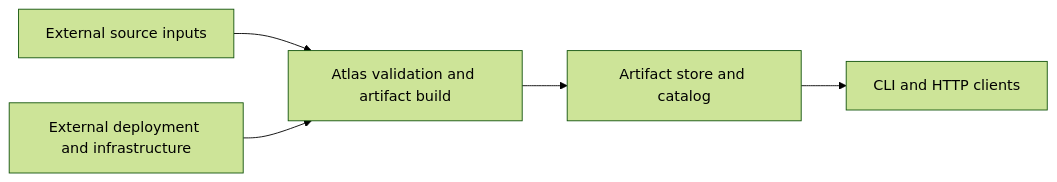
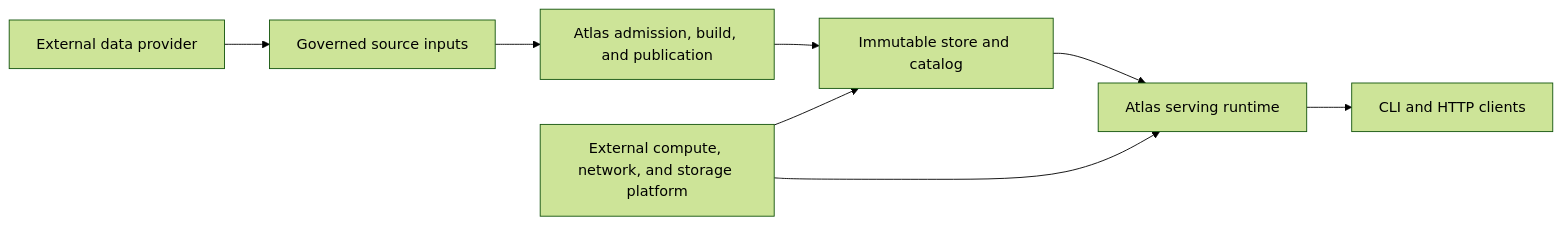
Before and after one commit to bijux/bijux-atlas: the first of 2 diagrams in docs/bijux-atlas/foundations/boundaries-and-non-goals.md, drawn with Mermaid (forest theme). The commit also changed other lines of this file and 2 other files, not shown here.

````diff
--- a/docs/bijux-atlas/foundations/boundaries-and-non-goals.md
+++ b/docs/bijux-atlas/foundations/boundaries-and-non-goals.md
@@ -18,7 +19,10 @@
 ```mermaid
 flowchart LR
-    Inputs[External source inputs] --> Atlas[Atlas validation and artifact build]
-    Atlas --> Store[Artifact store and catalog]
-    Store --> Clients[CLI and HTTP clients]
-    Ops[External deployment and infrastructure] --> Atlas
+    Provider[External data provider] --> Sources[Governed source inputs]
+    Sources --> Atlas[Atlas admission, build, and publication]
+    Atlas --> Store[Immutable store and catalog]
+    Store --> Runtime[Atlas serving runtime]
+    Runtime --> Clients[CLI and HTTP clients]
+    Platform[External compute, network, and storage platform] --> Runtime
+    Platform --> Store
 ```
````
